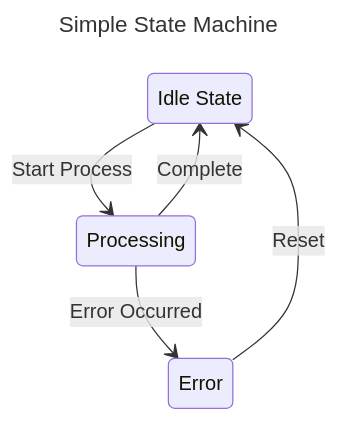
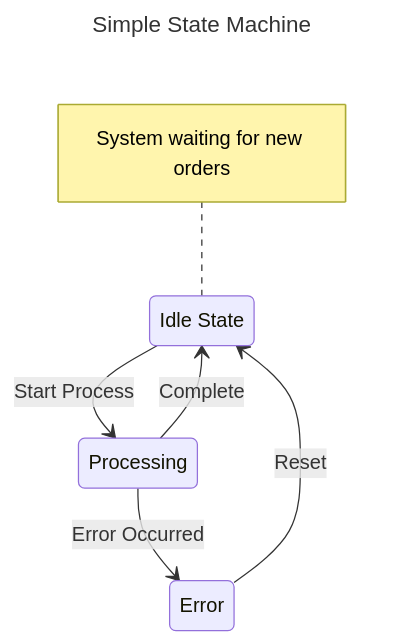
One commit to TyphonHill/go-mermaid changed the diagram in examples/state_diagram/simple_state_diagram/README.md. Above: the diagram before and after it, drawn with Mermaid. The commit also changed 22 other files, not shown here.

````diff
--- a/examples/state_diagram/simple_state_diagram/README.md
+++ b/examples/state_diagram/simple_state_diagram/README.md
@@ -1,14 +1,15 @@
 ```mermaid
 ---
 title: Simple State Machine
 ---
 
 stateDiagram-v2
-        state "Idle State" as idle
-        state "Processing" as processing
-        state "Error" as error
-        idle --> processing: Start Process
-        processing --> idle: Complete
-        processing --> error: Error Occurred
-        error --> idle: Reset
+	state "Idle State" as idle
+	note left of idle: System waiting for new orders
+	state "Processing" as processing
+	state "Error" as error
+	idle --> processing: Start Process
+	processing --> idle: Complete
+	processing --> error: Error Occurred
+	error --> idle: Reset
 ```
````
